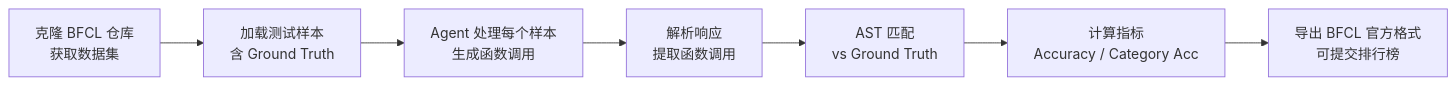
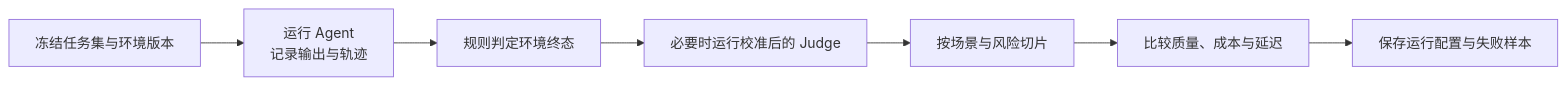
One commit to AmbitionC/front-end-journey-resource changed the diagram in knowledge/llm/agent/agent-evaluation.md. Above: the diagram before and after it, drawn with Mermaid. The commit also changed other lines of this file and 10 other files, not shown here.

````diff
--- a/knowledge/llm/agent/agent-evaluation.md
+++ b/knowledge/llm/agent/agent-evaluation.md
@@ -211,9 +155,9 @@
 ```mermaid
 flowchart LR
-    A[克隆 BFCL 仓库\n获取数据集] --> B[加载测试样本\n含 Ground Truth]
-    B --> C[Agent 处理每个样本\n生成函数调用]
-    C --> D[解析响应\n提取函数调用]
-    D --> E[AST 匹配\nvs Ground Truth]
-    E --> F[计算指标\nAccuracy / Category Acc]
-    F --> G[导出 BFCL 官方格式\n可提交排行榜]
+    A[冻结任务集与环境版本] --> B[运行 Agent\n记录输出与轨迹]
+    B --> C[规则判定环境终态]
+    C --> D[必要时运行校准后的 Judge]
+    D --> E[按场景与风险切片]
+    E --> F[比较质量、成本与延迟]
+    F --> G[保存运行配置与失败样本]
 ```
````
